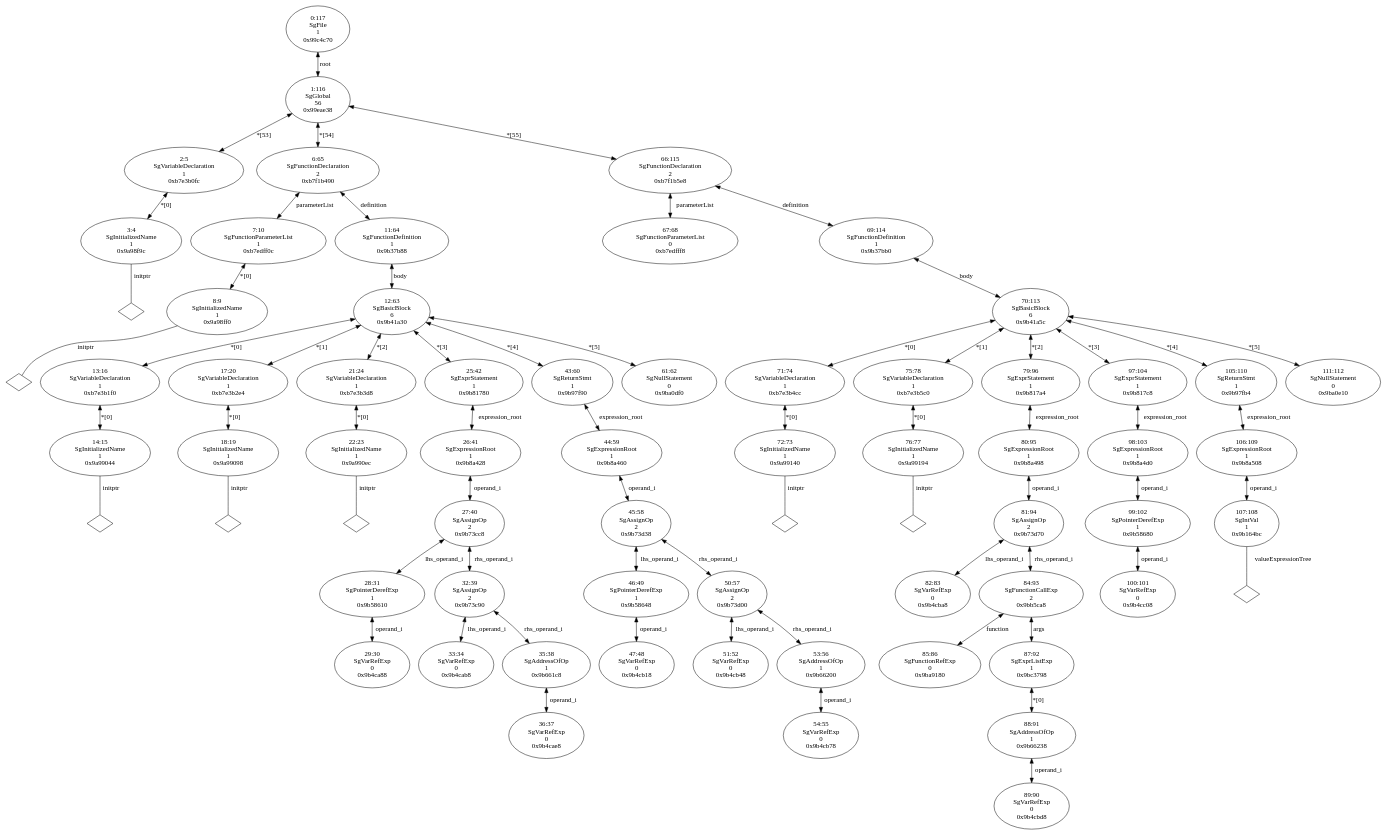
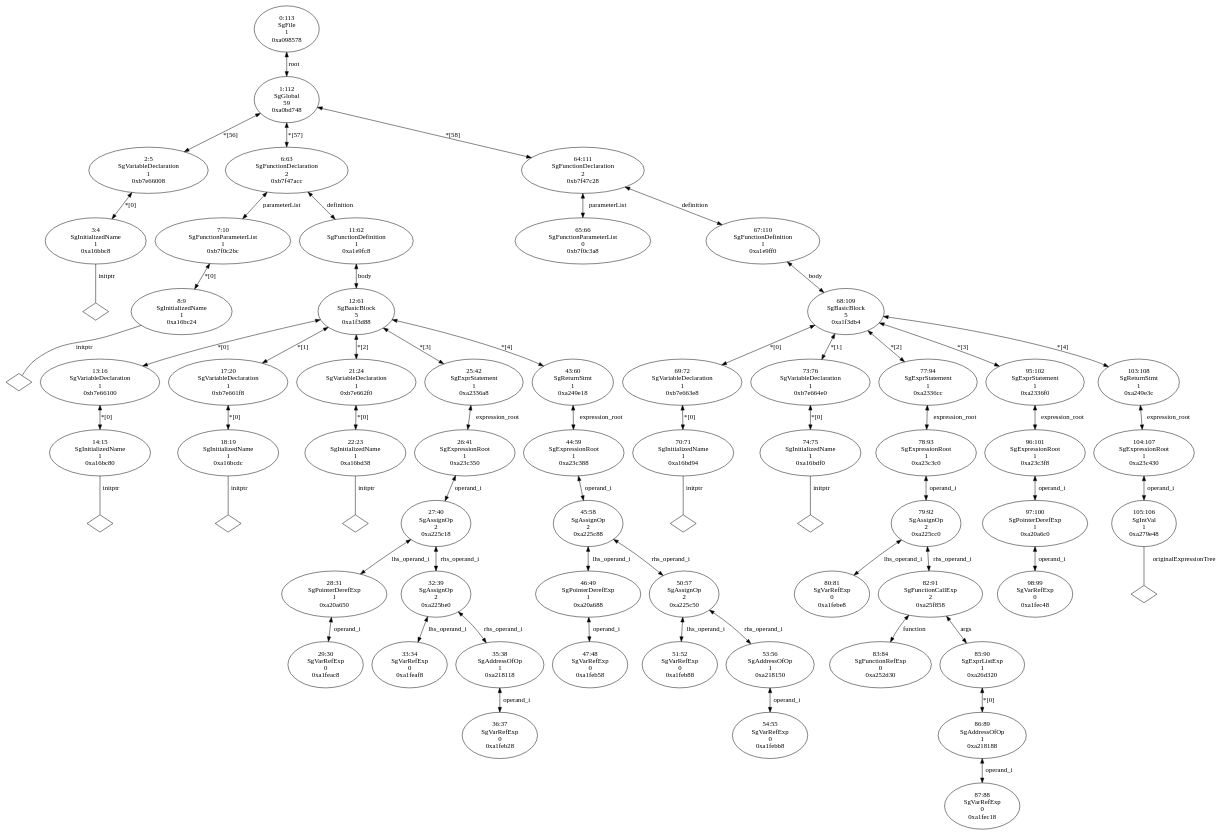
Before and after one commit to BackupTheBerlios/useoa-rose-svn: the diagram in branch/memRefExprRefactor/TestResults/AliasIRInterface/assignReturn.c.dot, drawn with Graphviz. The commit also changed 48 other files, not shown here.

Commit message:
memRefExprRefactor branch I am testing references.  I also updated some of the dot files, but NOT with the normalization stuff turned on.

```diff
--- a/branch/memRefExprRefactor/TestResults/AliasIRInterface/assignReturn.c.dot
+++ b/branch/memRefExprRefactor/TestResults/AliasIRInterface/assignReturn.c.dot
@@ -1,135 +1,131 @@
 digraph "G./assignReturn.c.dot" {
-"0x9a98f9c"[label="3:4\nSgInitializedName\n1\n0x9a98f9c\n" ];
-"0x9a98f9c" -> "0x9a98f9c__initptr__null"[label="initptr" dir=none ];
-"0x9a98f9c__initptr__null"[label="" shape=diamond ];
-"0xb7e3b0fc"[label="2:5\nSgVariableDeclaration\n1\n0xb7e3b0fc\n" ];
-"0xb7e3b0fc" -> "0x9a98f9c"[label="*[0]" dir=both ];
-"0x9a98ff0"[label="8:9\nSgInitializedName\n1\n0x9a98ff0\n" ];
-"0x9a98ff0" -> "0x9a98ff0__initptr__null"[label="initptr" dir=none ];
-"0x9a98ff0__initptr__null"[label="" shape=diamond ];
-"0xb7edff0c"[label="7:10\nSgFunctionParameterList\n1\n0xb7edff0c\n" ];
-"0xb7edff0c" -> "0x9a98ff0"[label="*[0]" dir=both ];
-"0x9a99044"[label="14:15\nSgInitializedName\n1\n0x9a99044\n" ];
-"0x9a99044" -> "0x9a99044__initptr__null"[label="initptr" dir=none ];
-"0x9a99044__initptr__null"[label="" shape=diamond ];
-"0xb7e3b1f0"[label="13:16\nSgVariableDeclaration\n1\n0xb7e3b1f0\n" ];
-"0xb7e3b1f0" -> "0x9a99044"[label="*[0]" dir=both ];
-"0x9a99098"[label="18:19\nSgInitializedName\n1\n0x9a99098\n" ];
-"0x9a99098" -> "0x9a99098__initptr__null"[label="initptr" dir=none ];
-"0x9a99098__initptr__null"[label="" shape=diamond ];
-"0xb7e3b2e4"[label="17:20\nSgVariableDeclaration\n1\n0xb7e3b2e4\n" ];
-"0xb7e3b2e4" -> "0x9a99098"[label="*[0]" dir=both ];
-"0x9a990ec"[label="22:23\nSgInitializedName\n1\n0x9a990ec\n" ];
-"0x9a990ec" -> "0x9a990ec__initptr__null"[label="initptr" dir=none ];
-"0x9a990ec__initptr__null"[label="" shape=diamond ];
-"0xb7e3b3d8"[label="21:24\nSgVariableDeclaration\n1\n0xb7e3b3d8\n" ];
-"0xb7e3b3d8" -> "0x9a990ec"[label="*[0]" dir=both ];
-"0x9b4ca88"[label="29:30\nSgVarRefExp\n0\n0x9b4ca88\n" ];
-"0x9b58610"[label="28:31\nSgPointerDerefExp\n1\n0x9b58610\n" ];
-"0x9b58610" -> "0x9b4ca88"[label="operand_i" dir=both ];
-"0x9b4cab8"[label="33:34\nSgVarRefExp\n0\n0x9b4cab8\n" ];
-"0x9b4cae8"[label="36:37\nSgVarRefExp\n0\n0x9b4cae8\n" ];
-"0x9b661c8"[label="35:38\nSgAddressOfOp\n1\n0x9b661c8\n" ];
-"0x9b661c8" -> "0x9b4cae8"[label="operand_i" dir=both ];
-"0x9b73c90"[label="32:39\nSgAssignOp\n2\n0x9b73c90\n" ];
-"0x9b73c90" -> "0x9b4cab8"[label="lhs_operand_i" dir=both ];
-"0x9b73c90" -> "0x9b661c8"[label="rhs_operand_i" dir=both ];
-"0x9b73cc8"[label="27:40\nSgAssignOp\n2\n0x9b73cc8\n" ];
-"0x9b73cc8" -> "0x9b58610"[label="lhs_operand_i" dir=both ];
-"0x9b73cc8" -> "0x9b73c90"[label="rhs_operand_i" dir=both ];
-"0x9b8a428"[label="26:41\nSgExpressionRoot\n1\n0x9b8a428\n" ];
-"0x9b8a428" -> "0x9b73cc8"[label="operand_i" dir=both ];
-"0x9b81780"[label="25:42\nSgExprStatement\n1\n0x9b81780\n" ];
-"0x9b81780" -> "0x9b8a428"[label="expression_root" dir=both ];
-"0x9b4cb18"[label="47:48\nSgVarRefExp\n0\n0x9b4cb18\n" ];
-"0x9b58648"[label="46:49\nSgPointerDerefExp\n1\n0x9b58648\n" ];
-"0x9b58648" -> "0x9b4cb18"[label="operand_i" dir=both ];
-"0x9b4cb48"[label="51:52\nSgVarRefExp\n0\n0x9b4cb48\n" ];
-"0x9b4cb78"[label="54:55\nSgVarRefExp\n0\n0x9b4cb78\n" ];
-"0x9b66200"[label="53:56\nSgAddressOfOp\n1\n0x9b66200\n" ];
-"0x9b66200" -> "0x9b4cb78"[label="operand_i" dir=both ];
-"0x9b73d00"[label="50:57\nSgAssignOp\n2\n0x9b73d00\n" ];
-"0x9b73d00" -> "0x9b4cb48"[label="lhs_operand_i" dir=both ];
-"0x9b73d00" -> "0x9b66200"[label="rhs_operand_i" dir=both ];
-"0x9b73d38"[label="45:58\nSgAssignOp\n2\n0x9b73d38\n" ];
-"0x9b73d38" -> "0x9b58648"[label="lhs_operand_i" dir=both ];
-"0x9b73d38" -> "0x9b73d00"[label="rhs_operand_i" dir=both ];
-"0x9b8a460"[label="44:59\nSgExpressionRoot\n1\n0x9b8a460\n" ];
-"0x9b8a460" -> "0x9b73d38"[label="operand_i" dir=both ];
-"0x9b97f90"[label="43:60\nSgReturnStmt\n1\n0x9b97f90\n" ];
-"0x9b97f90" -> "0x9b8a460"[label="expression_root" dir=both ];
-"0x9ba0df0"[label="61:62\nSgNullStatement\n0\n0x9ba0df0\n" ];
-"0x9b41a30"[label="12:63\nSgBasicBlock\n6\n0x9b41a30\n" ];
-"0x9b41a30" -> "0xb7e3b1f0"[label="*[0]" dir=both ];
-"0x9b41a30" -> "0xb7e3b2e4"[label="*[1]" dir=both ];
-"0x9b41a30" -> "0xb7e3b3d8"[label="*[2]" dir=both ];
-"0x9b41a30" -> "0x9b81780"[label="*[3]" dir=both ];
-"0x9b41a30" -> "0x9b97f90"[label="*[4]" dir=both ];
-"0x9b41a30" -> "0x9ba0df0"[label="*[5]" dir=both ];
-"0x9b37b88"[label="11:64\nSgFunctionDefinition\n1\n0x9b37b88\n" ];
-"0x9b37b88" -> "0x9b41a30"[label="body" dir=both ];
-"0xb7f1b490"[label="6:65\nSgFunctionDeclaration\n2\n0xb7f1b490\n" ];
-"0xb7f1b490" -> "0xb7edff0c"[label="parameterList" dir=both ];
-"0xb7f1b490" -> "0x9b37b88"[label="definition" dir=both ];
-"0xb7edfff8"[label="67:68\nSgFunctionParameterList\n0\n0xb7edfff8\n" ];
-"0x9a99140"[label="72:73\nSgInitializedName\n1\n0x9a99140\n" ];
-"0x9a99140" -> "0x9a99140__initptr__null"[label="initptr" dir=none ];
-"0x9a99140__initptr__null"[label="" shape=diamond ];
-"0xb7e3b4cc"[label="71:74\nSgVariableDeclaration\n1\n0xb7e3b4cc\n" ];
-"0xb7e3b4cc" -> "0x9a99140"[label="*[0]" dir=both ];
-"0x9a99194"[label="76:77\nSgInitializedName\n1\n0x9a99194\n" ];
-"0x9a99194" -> "0x9a99194__initptr__null"[label="initptr" dir=none ];
-"0x9a99194__initptr__null"[label="" shape=diamond ];
-"0xb7e3b5c0"[label="75:78\nSgVariableDeclaration\n1\n0xb7e3b5c0\n" ];
-"0xb7e3b5c0" -> "0x9a99194"[label="*[0]" dir=both ];
-"0x9b4cba8"[label="82:83\nSgVarRefExp\n0\n0x9b4cba8\n" ];
-"0x9ba9180"[label="85:86\nSgFunctionRefExp\n0\n0x9ba9180\n" ];
-"0x9b4cbd8"[label="89:90\nSgVarRefExp\n0\n0x9b4cbd8\n" ];
-"0x9b66238"[label="88:91\nSgAddressOfOp\n1\n0x9b66238\n" ];
-"0x9b66238" -> "0x9b4cbd8"[label="operand_i" dir=both ];
-"0x9bc3798"[label="87:92\nSgExprListExp\n1\n0x9bc3798\n" ];
-"0x9bc3798" -> "0x9b66238"[label="*[0]" dir=both ];
-"0x9bb5ca8"[label="84:93\nSgFunctionCallExp\n2\n0x9bb5ca8\n" ];
-"0x9bb5ca8" -> "0x9ba9180"[label="function" dir=both ];
-"0x9bb5ca8" -> "0x9bc3798"[label="args" dir=both ];
-"0x9b73d70"[label="81:94\nSgAssignOp\n2\n0x9b73d70\n" ];
-"0x9b73d70" -> "0x9b4cba8"[label="lhs_operand_i" dir=both ];
-"0x9b73d70" -> "0x9bb5ca8"[label="rhs_operand_i" dir=both ];
-"0x9b8a498"[label="80:95\nSgExpressionRoot\n1\n0x9b8a498\n" ];
-"0x9b8a498" -> "0x9b73d70"[label="operand_i" dir=both ];
-"0x9b817a4"[label="79:96\nSgExprStatement\n1\n0x9b817a4\n" ];
-"0x9b817a4" -> "0x9b8a498"[label="expression_root" dir=both ];
-"0x9b4cc08"[label="100:101\nSgVarRefExp\n0\n0x9b4cc08\n" ];
-"0x9b58680"[label="99:102\nSgPointerDerefExp\n1\n0x9b58680\n" ];
-"0x9b58680" -> "0x9b4cc08"[label="operand_i" dir=both ];
-"0x9b8a4d0"[label="98:103\nSgExpressionRoot\n1\n0x9b8a4d0\n" ];
-"0x9b8a4d0" -> "0x9b58680"[label="operand_i" dir=both ];
-"0x9b817c8"[label="97:104\nSgExprStatement\n1\n0x9b817c8\n" ];
-"0x9b817c8" -> "0x9b8a4d0"[label="expression_root" dir=both ];
-"0x9b164bc"[label="107:108\nSgIntVal\n1\n0x9b164bc\n" ];
-"0x9b164bc" -> "0x9b164bc__valueExpressionTree__null"[label="valueExpressionTree" dir=none ];
-"0x9b164bc__valueExpressionTree__null"[label="" shape=diamond ];
-"0x9b8a508"[label="106:109\nSgExpressionRoot\n1\n0x9b8a508\n" ];
-"0x9b8a508" -> "0x9b164bc"[label="operand_i" dir=both ];
-"0x9b97fb4"[label="105:110\nSgReturnStmt\n1\n0x9b97fb4\n" ];
-"0x9b97fb4" -> "0x9b8a508"[label="expression_root" dir=both ];
-"0x9ba0e10"[label="111:112\nSgNullStatement\n0\n0x9ba0e10\n" ];
-"0x9b41a5c"[label="70:113\nSgBasicBlock\n6\n0x9b41a5c\n" ];
-"0x9b41a5c" -> "0xb7e3b4cc"[label="*[0]" dir=both ];
-"0x9b41a5c" -> "0xb7e3b5c0"[label="*[1]" dir=both ];
-"0x9b41a5c" -> "0x9b817a4"[label="*[2]" dir=both ];
-"0x9b41a5c" -> "0x9b817c8"[label="*[3]" dir=both ];
-"0x9b41a5c" -> "0x9b97fb4"[label="*[4]" dir=both ];
-"0x9b41a5c" -> "0x9ba0e10"[label="*[5]" dir=both ];
-"0x9b37bb0"[label="69:114\nSgFunctionDefinition\n1\n0x9b37bb0\n" ];
-"0x9b37bb0" -> "0x9b41a5c"[label="body" dir=both ];
-"0xb7f1b5e8"[label="66:115\nSgFunctionDeclaration\n2\n0xb7f1b5e8\n" ];
-"0xb7f1b5e8" -> "0xb7edfff8"[label="parameterList" dir=both ];
-"0xb7f1b5e8" -> "0x9b37bb0"[label="definition" dir=both ];
-"0x99eae38"[label="1:116\nSgGlobal\n56\n0x99eae38\n" ];
-"0x99eae38" -> "0xb7e3b0fc"[label="*[53]" dir=both ];
-"0x99eae38" -> "0xb7f1b490"[label="*[54]" dir=both ];
-"0x99eae38" -> "0xb7f1b5e8"[label="*[55]" dir=both ];
-"0x99c4c70"[label="0:117\nSgFile\n1\n0x99c4c70\n" ];
-"0x99c4c70" -> "0x99eae38"[label="root" dir=both ];
+"0xa16bbc8"[label="3:4\nSgInitializedName\n1\n0xa16bbc8\n" ];
+"0xa16bbc8" -> "0xa16bbc8__initptr__null"[label="initptr" dir=none ];
+"0xa16bbc8__initptr__null"[label="" shape=diamond ];
+"0xb7e66008"[label="2:5\nSgVariableDeclaration\n1\n0xb7e66008\n" ];
+"0xb7e66008" -> "0xa16bbc8"[label="*[0]" dir=both ];
+"0xa16bc24"[label="8:9\nSgInitializedName\n1\n0xa16bc24\n" ];
+"0xa16bc24" -> "0xa16bc24__initptr__null"[label="initptr" dir=none ];
+"0xa16bc24__initptr__null"[label="" shape=diamond ];
+"0xb7f0c2bc"[label="7:10\nSgFunctionParameterList\n1\n0xb7f0c2bc\n" ];
+"0xb7f0c2bc" -> "0xa16bc24"[label="*[0]" dir=both ];
+"0xa16bc80"[label="14:15\nSgInitializedName\n1\n0xa16bc80\n" ];
+"0xa16bc80" -> "0xa16bc80__initptr__null"[label="initptr" dir=none ];
+"0xa16bc80__initptr__null"[label="" shape=diamond ];
+"0xb7e66100"[label="13:16\nSgVariableDeclaration\n1\n0xb7e66100\n" ];
+"0xb7e66100" -> "0xa16bc80"[label="*[0]" dir=both ];
+"0xa16bcdc"[label="18:19\nSgInitializedName\n1\n0xa16bcdc\n" ];
+"0xa16bcdc" -> "0xa16bcdc__initptr__null"[label="initptr" dir=none ];
+"0xa16bcdc__initptr__null"[label="" shape=diamond ];
+"0xb7e661f8"[label="17:20\nSgVariableDeclaration\n1\n0xb7e661f8\n" ];
+"0xb7e661f8" -> "0xa16bcdc"[label="*[0]" dir=both ];
+"0xa16bd38"[label="22:23\nSgInitializedName\n1\n0xa16bd38\n" ];
+"0xa16bd38" -> "0xa16bd38__initptr__null"[label="initptr" dir=none ];
+"0xa16bd38__initptr__null"[label="" shape=diamond ];
+"0xb7e662f0"[label="21:24\nSgVariableDeclaration\n1\n0xb7e662f0\n" ];
+"0xb7e662f0" -> "0xa16bd38"[label="*[0]" dir=both ];
+"0xa1feac8"[label="29:30\nSgVarRefExp\n0\n0xa1feac8\n" ];
+"0xa20a650"[label="28:31\nSgPointerDerefExp\n1\n0xa20a650\n" ];
+"0xa20a650" -> "0xa1feac8"[label="operand_i" dir=both ];
+"0xa1feaf8"[label="33:34\nSgVarRefExp\n0\n0xa1feaf8\n" ];
+"0xa1feb28"[label="36:37\nSgVarRefExp\n0\n0xa1feb28\n" ];
+"0xa218118"[label="35:38\nSgAddressOfOp\n1\n0xa218118\n" ];
+"0xa218118" -> "0xa1feb28"[label="operand_i" dir=both ];
+"0xa225be0"[label="32:39\nSgAssignOp\n2\n0xa225be0\n" ];
+"0xa225be0" -> "0xa1feaf8"[label="lhs_operand_i" dir=both ];
+"0xa225be0" -> "0xa218118"[label="rhs_operand_i" dir=both ];
+"0xa225c18"[label="27:40\nSgAssignOp\n2\n0xa225c18\n" ];
+"0xa225c18" -> "0xa20a650"[label="lhs_operand_i" dir=both ];
+"0xa225c18" -> "0xa225be0"[label="rhs_operand_i" dir=both ];
+"0xa23c350"[label="26:41\nSgExpressionRoot\n1\n0xa23c350\n" ];
+"0xa23c350" -> "0xa225c18"[label="operand_i" dir=both ];
+"0xa2336a8"[label="25:42\nSgExprStatement\n1\n0xa2336a8\n" ];
+"0xa2336a8" -> "0xa23c350"[label="expression_root" dir=both ];
+"0xa1feb58"[label="47:48\nSgVarRefExp\n0\n0xa1feb58\n" ];
+"0xa20a688"[label="46:49\nSgPointerDerefExp\n1\n0xa20a688\n" ];
+"0xa20a688" -> "0xa1feb58"[label="operand_i" dir=both ];
+"0xa1feb88"[label="51:52\nSgVarRefExp\n0\n0xa1feb88\n" ];
+"0xa1febb8"[label="54:55\nSgVarRefExp\n0\n0xa1febb8\n" ];
+"0xa218150"[label="53:56\nSgAddressOfOp\n1\n0xa218150\n" ];
+"0xa218150" -> "0xa1febb8"[label="operand_i" dir=both ];
+"0xa225c50"[label="50:57\nSgAssignOp\n2\n0xa225c50\n" ];
+"0xa225c50" -> "0xa1feb88"[label="lhs_operand_i" dir=both ];
+"0xa225c50" -> "0xa218150"[label="rhs_operand_i" dir=both ];
+"0xa225c88"[label="45:58\nSgAssignOp\n2\n0xa225c88\n" ];
+"0xa225c88" -> "0xa20a688"[label="lhs_operand_i" dir=both ];
+"0xa225c88" -> "0xa225c50"[label="rhs_operand_i" dir=both ];
+"0xa23c388"[label="44:59\nSgExpressionRoot\n1\n0xa23c388\n" ];
+"0xa23c388" -> "0xa225c88"[label="operand_i" dir=both ];
+"0xa249e18"[label="43:60\nSgReturnStmt\n1\n0xa249e18\n" ];
+"0xa249e18" -> "0xa23c388"[label="expression_root" dir=both ];
+"0xa1f3d88"[label="12:61\nSgBasicBlock\n5\n0xa1f3d88\n" ];
+"0xa1f3d88" -> "0xb7e66100"[label="*[0]" dir=both ];
+"0xa1f3d88" -> "0xb7e661f8"[label="*[1]" dir=both ];
+"0xa1f3d88" -> "0xb7e662f0"[label="*[2]" dir=both ];
+"0xa1f3d88" -> "0xa2336a8"[label="*[3]" dir=both ];
+"0xa1f3d88" -> "0xa249e18"[label="*[4]" dir=both ];
+"0xa1e9fc8"[label="11:62\nSgFunctionDefinition\n1\n0xa1e9fc8\n" ];
+"0xa1e9fc8" -> "0xa1f3d88"[label="body" dir=both ];
+"0xb7f47acc"[label="6:63\nSgFunctionDeclaration\n2\n0xb7f47acc\n" ];
+"0xb7f47acc" -> "0xb7f0c2bc"[label="parameterList" dir=both ];
+"0xb7f47acc" -> "0xa1e9fc8"[label="definition" dir=both ];
+"0xb7f0c3a8"[label="65:66\nSgFunctionParameterList\n0\n0xb7f0c3a8\n" ];
+"0xa16bd94"[label="70:71\nSgInitializedName\n1\n0xa16bd94\n" ];
+"0xa16bd94" -> "0xa16bd94__initptr__null"[label="initptr" dir=none ];
+"0xa16bd94__initptr__null"[label="" shape=diamond ];
+"0xb7e663e8"[label="69:72\nSgVariableDeclaration\n1\n0xb7e663e8\n" ];
+"0xb7e663e8" -> "0xa16bd94"[label="*[0]" dir=both ];
+"0xa16bdf0"[label="74:75\nSgInitializedName\n1\n0xa16bdf0\n" ];
+"0xa16bdf0" -> "0xa16bdf0__initptr__null"[label="initptr" dir=none ];
+"0xa16bdf0__initptr__null"[label="" shape=diamond ];
+"0xb7e664e0"[label="73:76\nSgVariableDeclaration\n1\n0xb7e664e0\n" ];
+"0xb7e664e0" -> "0xa16bdf0"[label="*[0]" dir=both ];
+"0xa1febe8"[label="80:81\nSgVarRefExp\n0\n0xa1febe8\n" ];
+"0xa252d30"[label="83:84\nSgFunctionRefExp\n0\n0xa252d30\n" ];
+"0xa1fec18"[label="87:88\nSgVarRefExp\n0\n0xa1fec18\n" ];
+"0xa218188"[label="86:89\nSgAddressOfOp\n1\n0xa218188\n" ];
+"0xa218188" -> "0xa1fec18"[label="operand_i" dir=both ];
+"0xa26d320"[label="85:90\nSgExprListExp\n1\n0xa26d320\n" ];
+"0xa26d320" -> "0xa218188"[label="*[0]" dir=both ];
+"0xa25f858"[label="82:91\nSgFunctionCallExp\n2\n0xa25f858\n" ];
+"0xa25f858" -> "0xa252d30"[label="function" dir=both ];
+"0xa25f858" -> "0xa26d320"[label="args" dir=both ];
+"0xa225cc0"[label="79:92\nSgAssignOp\n2\n0xa225cc0\n" ];
+"0xa225cc0" -> "0xa1febe8"[label="lhs_operand_i" dir=both ];
+"0xa225cc0" -> "0xa25f858"[label="rhs_operand_i" dir=both ];
+"0xa23c3c0"[label="78:93\nSgExpressionRoot\n1\n0xa23c3c0\n" ];
+"0xa23c3c0" -> "0xa225cc0"[label="operand_i" dir=both ];
+"0xa2336cc"[label="77:94\nSgExprStatement\n1\n0xa2336cc\n" ];
+"0xa2336cc" -> "0xa23c3c0"[label="expression_root" dir=both ];
+"0xa1fec48"[label="98:99\nSgVarRefExp\n0\n0xa1fec48\n" ];
+"0xa20a6c0"[label="97:100\nSgPointerDerefExp\n1\n0xa20a6c0\n" ];
+"0xa20a6c0" -> "0xa1fec48"[label="operand_i" dir=both ];
+"0xa23c3f8"[label="96:101\nSgExpressionRoot\n1\n0xa23c3f8\n" ];
+"0xa23c3f8" -> "0xa20a6c0"[label="operand_i" dir=both ];
+"0xa2336f0"[label="95:102\nSgExprStatement\n1\n0xa2336f0\n" ];
+"0xa2336f0" -> "0xa23c3f8"[label="expression_root" dir=both ];
+"0xa279e48"[label="105:106\nSgIntVal\n1\n0xa279e48\n" ];
+"0xa279e48" -> "0xa279e48__originalExpressionTree__null"[label="originalExpressionTree" dir=none ];
+"0xa279e48__originalExpressionTree__null"[label="" shape=diamond ];
+"0xa23c430"[label="104:107\nSgExpressionRoot\n1\n0xa23c430\n" ];
+"0xa23c430" -> "0xa279e48"[label="operand_i" dir=both ];
+"0xa249e3c"[label="103:108\nSgReturnStmt\n1\n0xa249e3c\n" ];
+"0xa249e3c" -> "0xa23c430"[label="expression_root" dir=both ];
+"0xa1f3db4"[label="68:109\nSgBasicBlock\n5\n0xa1f3db4\n" ];
+"0xa1f3db4" -> "0xb7e663e8"[label="*[0]" dir=both ];
+"0xa1f3db4" -> "0xb7e664e0"[label="*[1]" dir=both ];
+"0xa1f3db4" -> "0xa2336cc"[label="*[2]" dir=both ];
+"0xa1f3db4" -> "0xa2336f0"[label="*[3]" dir=both ];
+"0xa1f3db4" -> "0xa249e3c"[label="*[4]" dir=both ];
+"0xa1e9ff0"[label="67:110\nSgFunctionDefinition\n1\n0xa1e9ff0\n" ];
+"0xa1e9ff0" -> "0xa1f3db4"[label="body" dir=both ];
+"0xb7f47c28"[label="64:111\nSgFunctionDeclaration\n2\n0xb7f47c28\n" ];
+"0xb7f47c28" -> "0xb7f0c3a8"[label="parameterList" dir=both ];
+"0xb7f47c28" -> "0xa1e9ff0"[label="definition" dir=both ];
+"0xa0bd748"[label="1:112\nSgGlobal\n59\n0xa0bd748\n" ];
+"0xa0bd748" -> "0xb7e66008"[label="*[56]" dir=both ];
+"0xa0bd748" -> "0xb7f47acc"[label="*[57]" dir=both ];
+"0xa0bd748" -> "0xb7f47c28"[label="*[58]" dir=both ];
+"0xa098578"[label="0:113\nSgFile\n1\n0xa098578\n" ];
+"0xa098578" -> "0xa0bd748"[label="root" dir=both ];
 }
```
